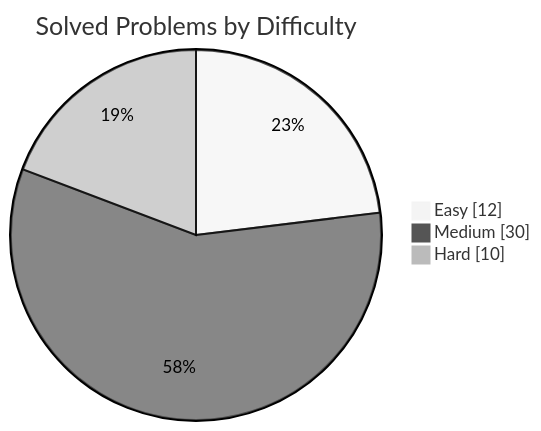
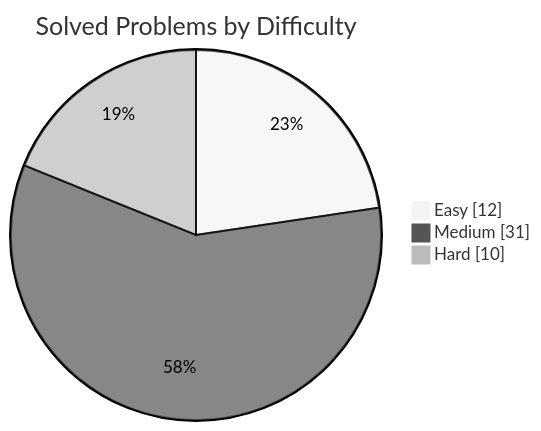
The first of 2 diagrams in README.md (manikantbindass/DSA-Preparation-FAANG), drawn with Mermaid (neutral theme) before and after one commit. The commit also changed other lines of this file and 3 other files, not shown here.

````diff
--- a/README.md
+++ b/README.md
@@ -32,7 +32,7 @@
 ```mermaid
 pie showData
     title Solved Problems by Difficulty
     "Easy" : 12
-    "Medium" : 30
+    "Medium" : 31
     "Hard" : 10
 ```
````
